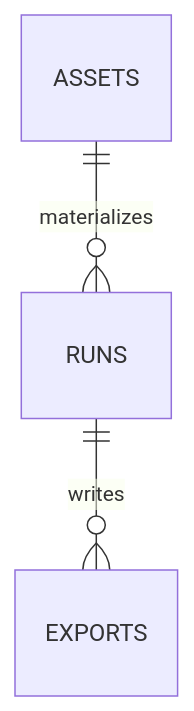
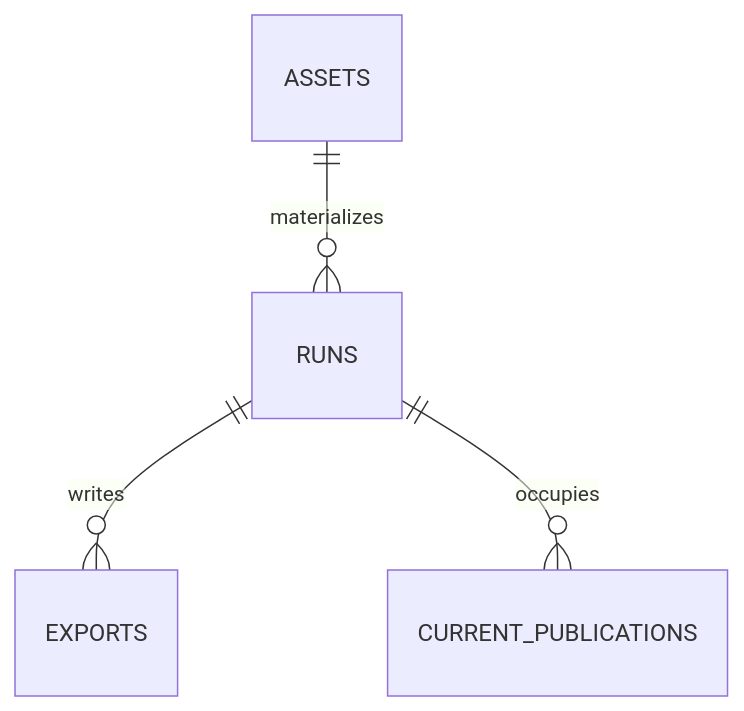
The second of 2 diagrams in docs/storage-model.md (RFARQ3/assquack), drawn with Mermaid before and after one commit. The commit also changed other lines of this file and 79 other files, not shown here.

````diff
--- a/docs/storage-model.md
+++ b/docs/storage-model.md
@@ -111,5 +111,6 @@
 ```mermaid
 erDiagram
   ASSETS ||--o{ RUNS : materializes
   RUNS ||--o{ EXPORTS : writes
+  RUNS ||--o{ CURRENT_PUBLICATIONS : occupies
 ```
````
